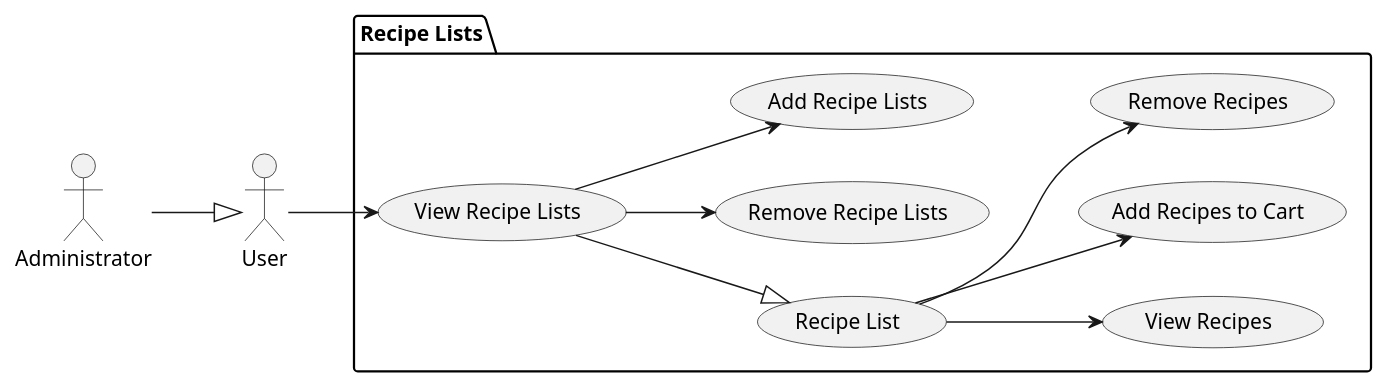
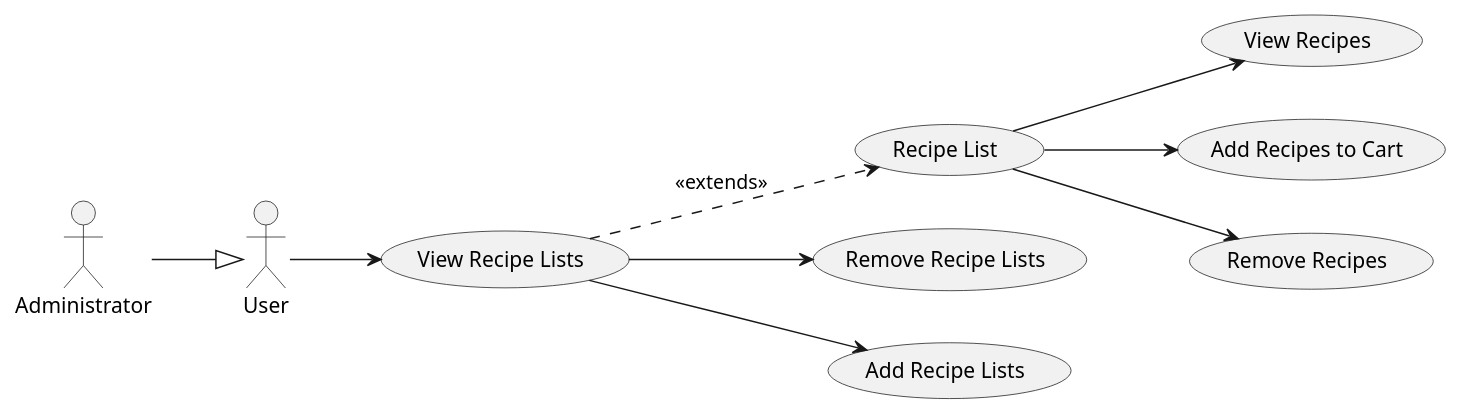
Before and after one commit to iusildra/WineCellar: diagram 12 of 13 in doc/reports/usecaseAnalysis/plantuml/detailledUsecases.plantuml, drawn with PlantUML. The commit also changed other lines of this file and 38 other files, not shown here.

```diff
--- a/doc/reports/usecaseAnalysis/plantuml/detailledUsecases.plantuml
+++ b/doc/reports/usecaseAnalysis/plantuml/detailledUsecases.plantuml
@@ -175,22 +163,17 @@
 @startuml recipeListManagement
 
 left to right direction
 
 actor "User" as user
 actor "Administrator" as admin
 
-package "Recipe Lists" as RecipeLists {
+admin --|> (user)
+(View Recipe Lists) ..> (Recipe List): <<extends>>
+(View Recipe Lists) --> (Remove Recipe Lists)
+(View Recipe Lists) --> (Add Recipe Lists)
+user --> (View Recipe Lists)
 
-
-    admin --|> (user)
-    (View Recipe Lists) --|> (Recipe List)
-    (View Recipe Lists) --> (Remove Recipe Lists)
-    (View Recipe Lists) --> (Add Recipe Lists)
-    user --> (View Recipe Lists)
-
-    (Recipe List) --> (View Recipes)
-    (Recipe List) --> (Add Recipes to Cart)
-    (Recipe List) --> (Remove Recipes)
-
-}
+(Recipe List) --> (View Recipes)
+(Recipe List) --> (Add Recipes to Cart)
+(Recipe List) --> (Remove Recipes)
 @enduml
```
